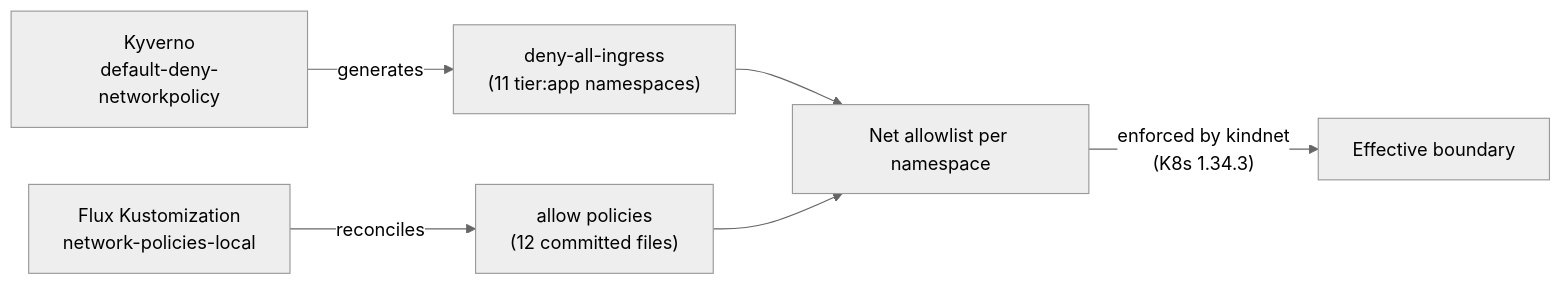
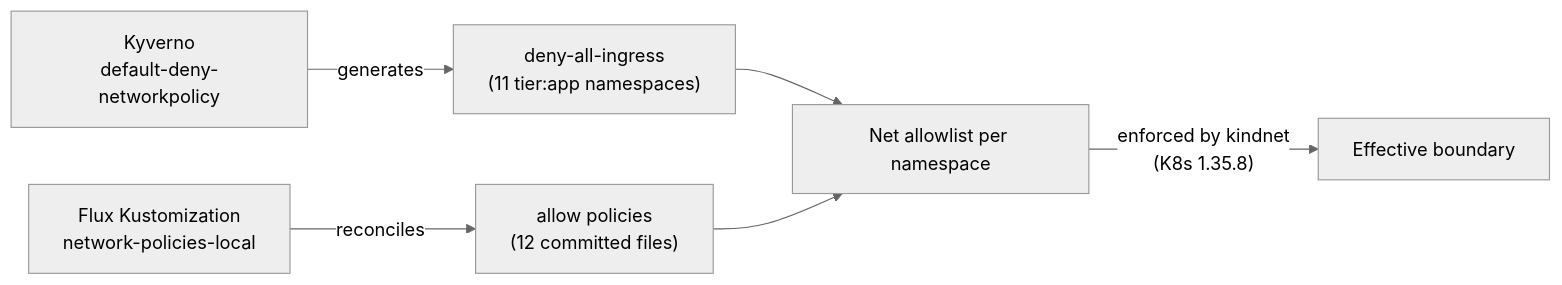
Before and after one commit to duynhlab/homelab: the third of 3 diagrams in docs/security/network-policies.md, drawn with Mermaid (neutral theme). The commit also changed other lines of this file and 16 other files, not shown here.

````diff
--- a/docs/security/network-policies.md
+++ b/docs/security/network-policies.md
@@ -227,8 +228,8 @@
 ```mermaid
 flowchart LR
     KY["Kyverno<br/>default-deny-networkpolicy"] -->|generates| DENY["deny-all-ingress<br/>(11 tier:app namespaces)"]
     FLUX["Flux Kustomization<br/>network-policies-local"] -->|reconciles| ALLOW["allow policies<br/>(12 committed files)"]
     DENY --> NET["Net allowlist per namespace"]
     ALLOW --> NET
-    NET -->|"enforced by kindnet<br/>(K8s 1.34.3)"| EFF["Effective boundary"]
+    NET -->|"enforced by kindnet<br/>(K8s 1.35.8)"| EFF["Effective boundary"]
 ```
````
